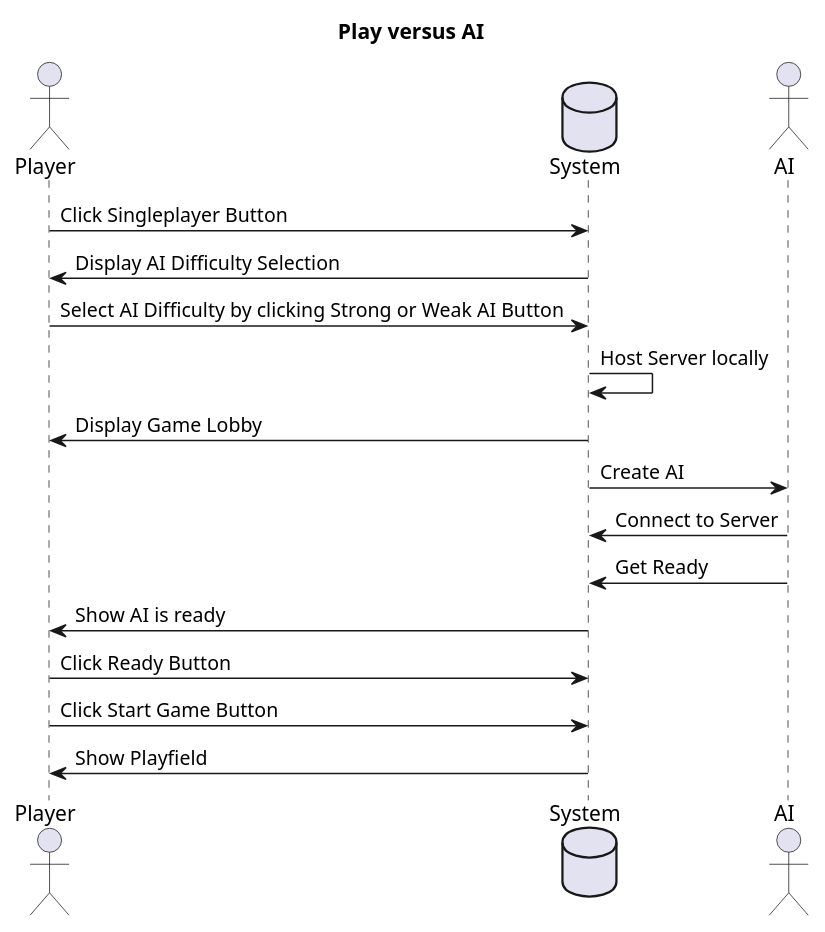
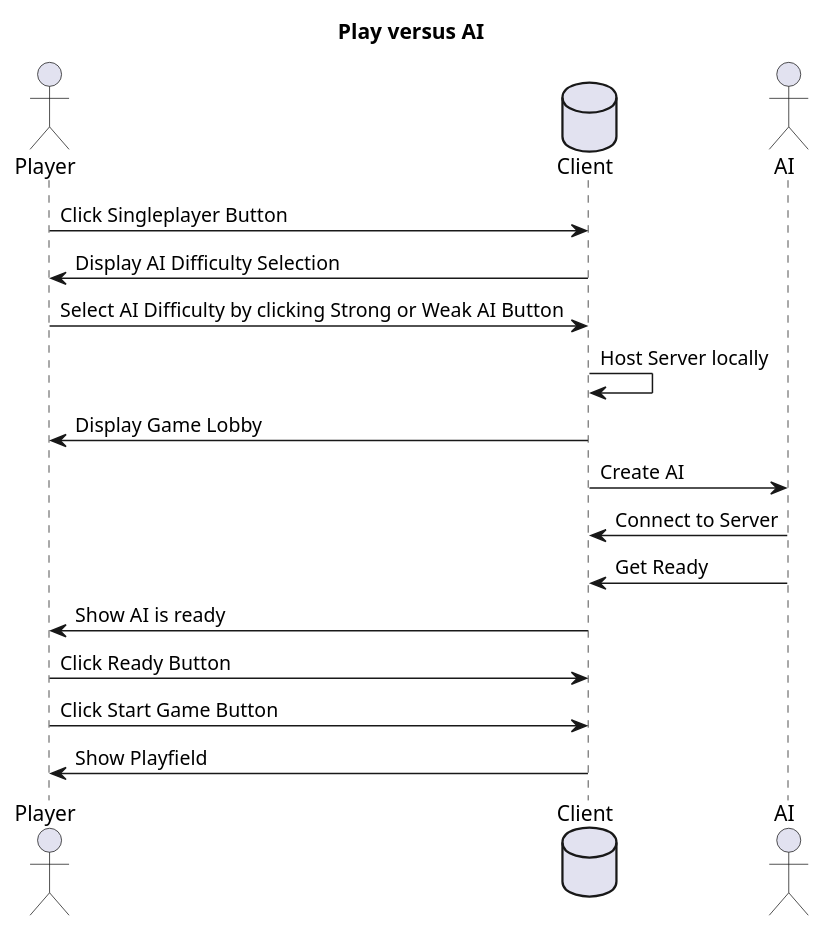
One commit to TINF21CS1/TicTacToeKojote changed the diagram in docs/sequence_diagrams/play_vs_ai.puml. Above: the diagram before and after it, drawn with PlantUML. The commit also changed 8 other files, not shown here.

Commit message:
Docs(sequence_diagrams): Renamed Server to Client to fit language in other docs

```diff
--- a/docs/sequence_diagrams/play_vs_ai.puml
+++ b/docs/sequence_diagrams/play_vs_ai.puml
@@ -1,21 +1,21 @@
 @startuml
 title Play versus AI
 
 actor Player as p
-database System
+database Client
 actor AI as a
 
-p->System: Click Singleplayer Button
-System->p: Display AI Difficulty Selection
-p->System: Select AI Difficulty by clicking Strong or Weak AI Button
-System->System: Host Server locally
-System->p: Display Game Lobby
-System->a: Create AI
-a->System: Connect to Server
-a->System: Get Ready
-System->p: Show AI is ready
-p->System: Click Ready Button
-p->System: Click Start Game Button
-System->p: Show Playfield
+p->Client: Click Singleplayer Button
+Client->p: Display AI Difficulty Selection
+p->Client: Select AI Difficulty by clicking Strong or Weak AI Button
+Client->Client: Host Server locally
+Client->p: Display Game Lobby
+Client->a: Create AI
+a->Client: Connect to Server
+a->Client: Get Ready
+Client->p: Show AI is ready
+p->Client: Click Ready Button
+p->Client: Click Start Game Button
+Client->p: Show Playfield
 
 @enduml
```
